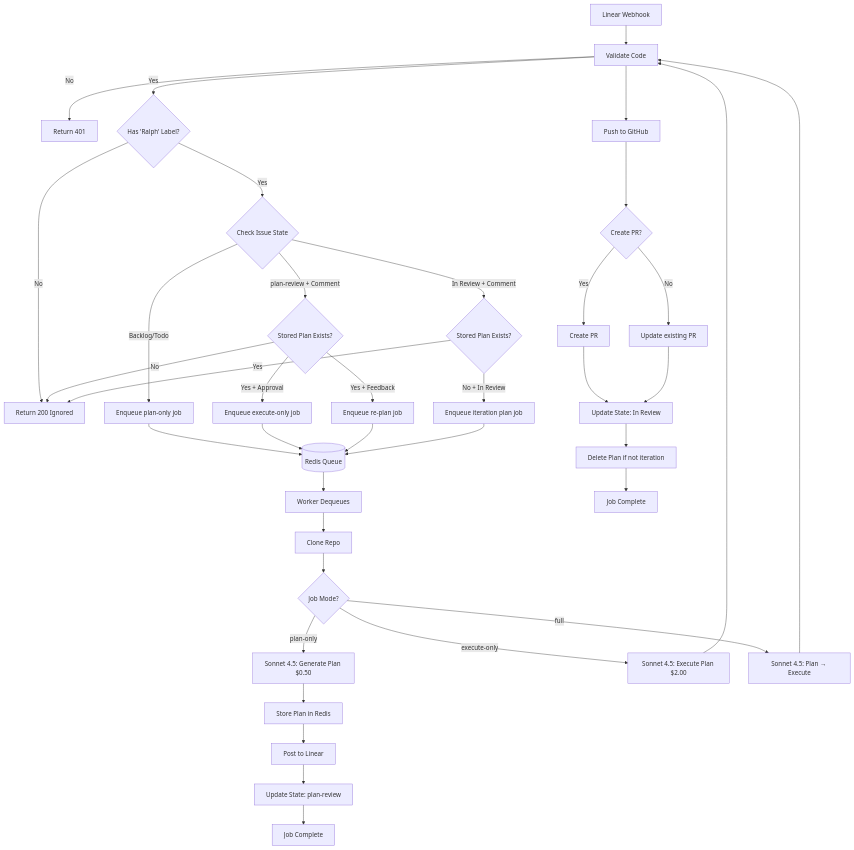
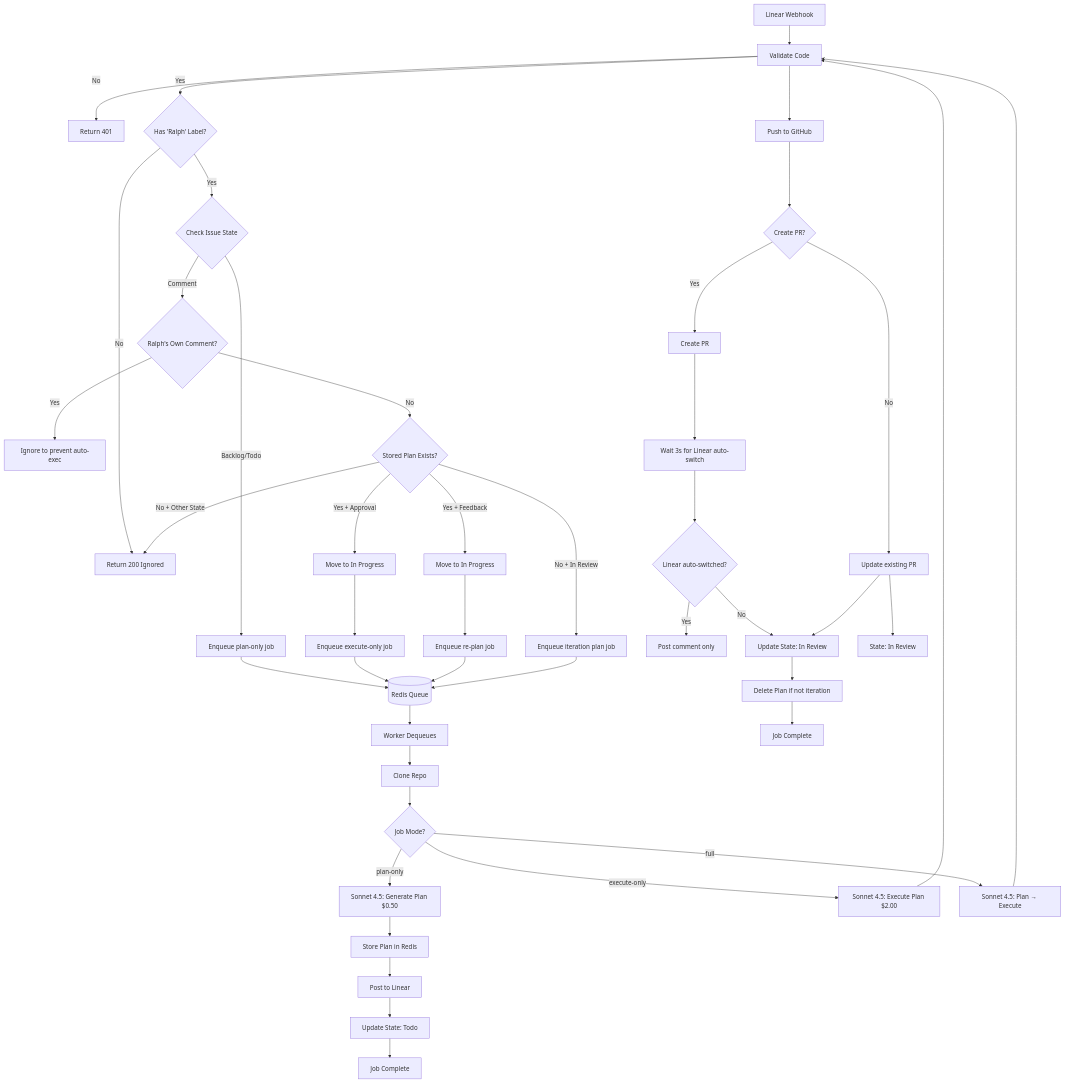
One commit to Replikanti/ralph-platform changed the sixth of 7 diagrams in ARCHITECTURE.md. Above: the diagram before and after it, drawn with Mermaid. The commit also changed other lines of this file and 4 other files, not shown here.

````diff
--- a/ARCHITECTURE.md
+++ b/ARCHITECTURE.md
@@ -570,49 +596,56 @@
 ```mermaid
 flowchart TD
     Start[Linear Webhook] --> Validate{Valid Signature?}
     Validate -->|No| Reject[Return 401]
     Validate -->|Yes| Label{Has 'Ralph' Label?}
     Label -->|No| Ignore[Return 200 Ignored]
     Label -->|Yes| State{Check Issue State}
 
     State -->|Backlog/Todo| Enqueue1[Enqueue plan-only job]
-    State -->|plan-review + Comment| CheckPlan{Stored Plan Exists?}
-    State -->|In Review + Comment| CheckPlan2{Stored Plan Exists?}
+    State -->|Comment| FilterComment{Ralph's Own Comment?}
 
-    CheckPlan -->|Yes + Approval| Enqueue2[Enqueue execute-only job]
-    CheckPlan -->|Yes + Feedback| Enqueue3[Enqueue re-plan job]
-    CheckPlan -->|No| Ignore
+    FilterComment -->|Yes| Ignore2[Ignore to prevent auto-exec]
+    FilterComment -->|No| CheckPlan{Stored Plan Exists?}
 
-    CheckPlan2 -->|No + In Review| Enqueue4[Enqueue iteration plan job]
-    CheckPlan2 -->|Yes| Ignore
+    CheckPlan -->|Yes + Approval| StateUpdate1[Move to In Progress]
+    CheckPlan -->|Yes + Feedback| StateUpdate2[Move to In Progress]
+    CheckPlan -->|No + In Review| Enqueue4[Enqueue iteration plan job]
+    CheckPlan -->|No + Other State| Ignore
+
+    StateUpdate1 --> Enqueue2[Enqueue execute-only job]
+    StateUpdate2 --> Enqueue3[Enqueue re-plan job]
 
     Enqueue1 --> Redis[(Redis Queue)]
     Enqueue2 --> Redis
     Enqueue3 --> Redis
     Enqueue4 --> Redis
 
     Redis --> Worker[Worker Dequeues]
     Worker --> Clone[Clone Repo]
     Clone --> Mode{Job Mode?}
 
     Mode -->|plan-only| Planning[Sonnet 4.5: Generate Plan $0.50]
     Mode -->|execute-only| Execution[Sonnet 4.5: Execute Plan $2.00]
     Mode -->|full| Both[Sonnet 4.5: Plan → Execute]
 
     Planning --> Store[Store Plan in Redis]
     Store --> PostPlan[Post to Linear]
-    PostPlan --> UpdateState1[Update State: plan-review]
+    PostPlan --> UpdateState1[Update State: Todo]
     UpdateState1 --> Complete1[Job Complete]
 
     Execution --> Validate[Validate Code]
     Validate --> Push[Push to GitHub]
     Push --> PR{Create PR?}
     PR -->|Yes| CreatePR[Create PR]
     PR -->|No| UpdatePR[Update existing PR]
-    CreatePR --> UpdateState2[Update State: In Review]
+    CreatePR --> Wait[Wait 3s for Linear auto-switch]
+    Wait --> CheckSwitch{Linear auto-switched?}
+    CheckSwitch -->|Yes| CommentOnly[Post comment only]
+    CheckSwitch -->|No| UpdateState2[Update State: In Review]
+    UpdatePR --> UpdateState3[State: In Review]
     UpdatePR --> UpdateState2
     UpdateState2 --> Cleanup[Delete Plan if not iteration]
     Cleanup --> Complete2[Job Complete]
 
     Both --> Validate
 ```
````
